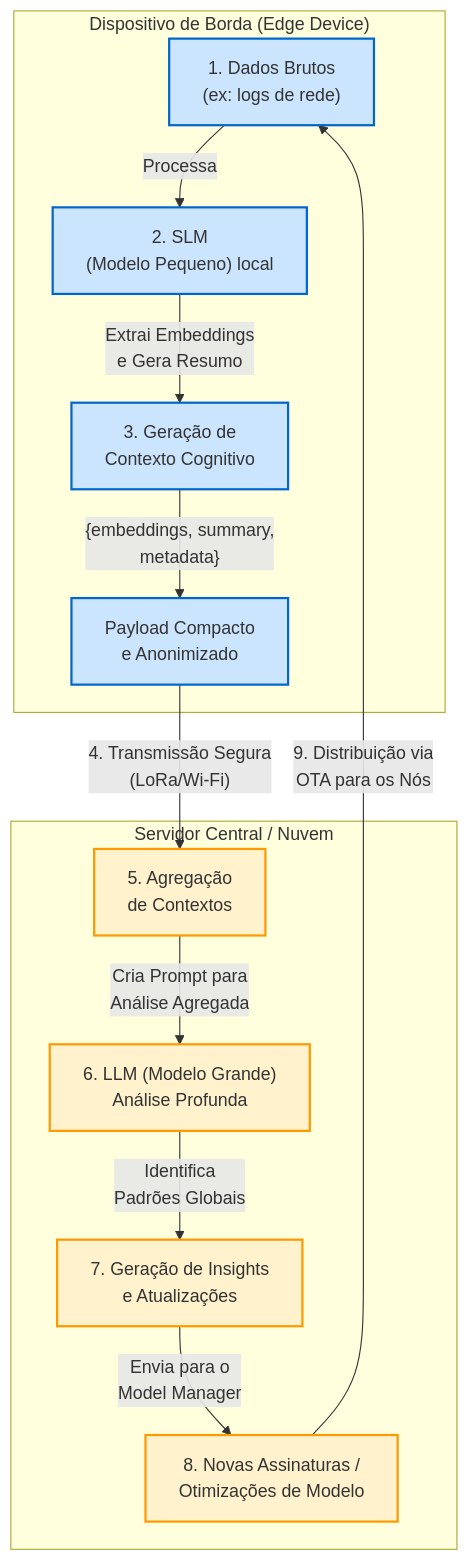
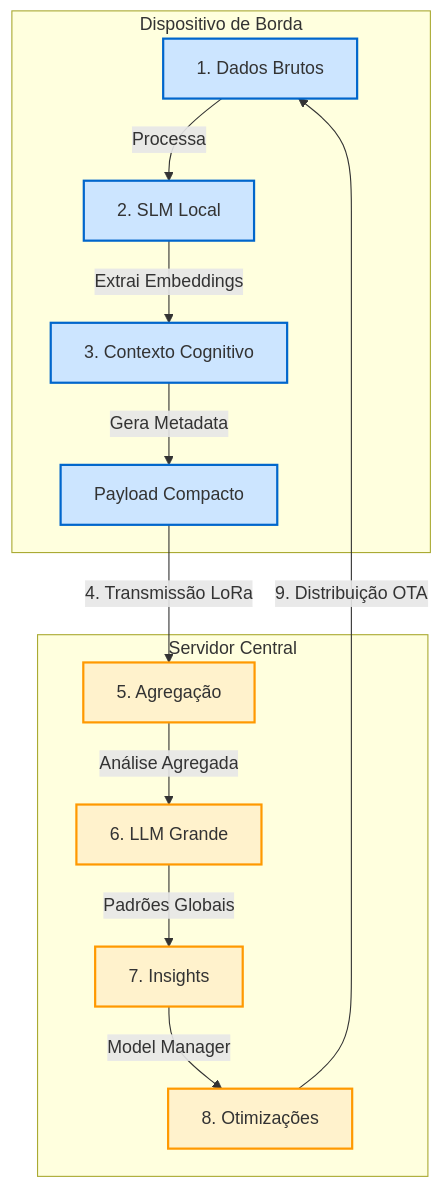
The fifth of 5 diagrams in README.md (Atous-Technology-Systems/network), drawn with Mermaid before and after one commit.

````diff
--- a/README.md
+++ b/README.md
@@ -214,33 +214,31 @@
 ```mermaid
 graph TD
-    subgraph Edge ["Dispositivo de Borda (Edge Device)"]
-        A["1. Dados Brutos<br/>(ex: logs de rede)"]
-        B["2. SLM<br/>(Modelo Pequeno) local"]
-        C["3. Geração de<br/>Contexto Cognitivo"]
-        D["Payload Compacto<br/>e Anonimizado"]
+    subgraph Edge ["Dispositivo de Borda"]
+        A["1. Dados Brutos"]
+        B["2. SLM Local"]
+        C["3. Contexto Cognitivo"]
+        D["Payload Compacto"]
     end
 
-    subgraph Cloud ["Servidor Central / Nuvem"]
-        E["5. Agregação<br/>de Contextos"]
-        F["6. LLM (Modelo Grande)<br/>Análise Profunda"]
-        G["7. Geração de Insights<br/>e Atualizações"]
-        H["8. Novas Assinaturas /<br/>Otimizações de Modelo"]
+    subgraph Cloud ["Servidor Central"]
+        E["5. Agregação"]
+        F["6. LLM Grande"]
+        G["7. Insights"]
+        H["8. Otimizações"]
     end
 
     A -->|"Processa"| B
-    B -->|"Extrai Embeddings<br/>e Gera Resumo"| C
-    C -->|"{embeddings, summary,<br/>metadata}"| D
-    D -->|"4. Transmissão Segura<br/>(LoRa/Wi-Fi)"| E
-    E -->|"Cria Prompt para<br/>Análise Agregada"| F
-    F -->|"Identifica<br/>Padrões Globais"| G
-    G -->|"Envia para o<br/>Model Manager"| H
-    H -->|"9. Distribuição via<br/>OTA para os Nós"| A
+    B -->|"Extrai Embeddings"| C
+    C -->|"Gera Metadata"| D
+    D -->|"4. Transmissão LoRa"| E
+    E -->|"Análise Agregada"| F
+    F -->|"Padrões Globais"| G
+    G -->|"Model Manager"| H
+    H -->|"9. Distribuição OTA"| A
 
-    %% Styling
     classDef edge fill:#cce5ff,stroke:#0066cc,stroke-width:2px
     classDef cloud fill:#fff2cc,stroke:#ff9900,stroke-width:2px
-    classDef subgraphStyle fill:#f9f9f9,stroke:#333,stroke-width:2px
     
     class A,B,C,D edge
     class E,F,G,H cloud
 ```
````
